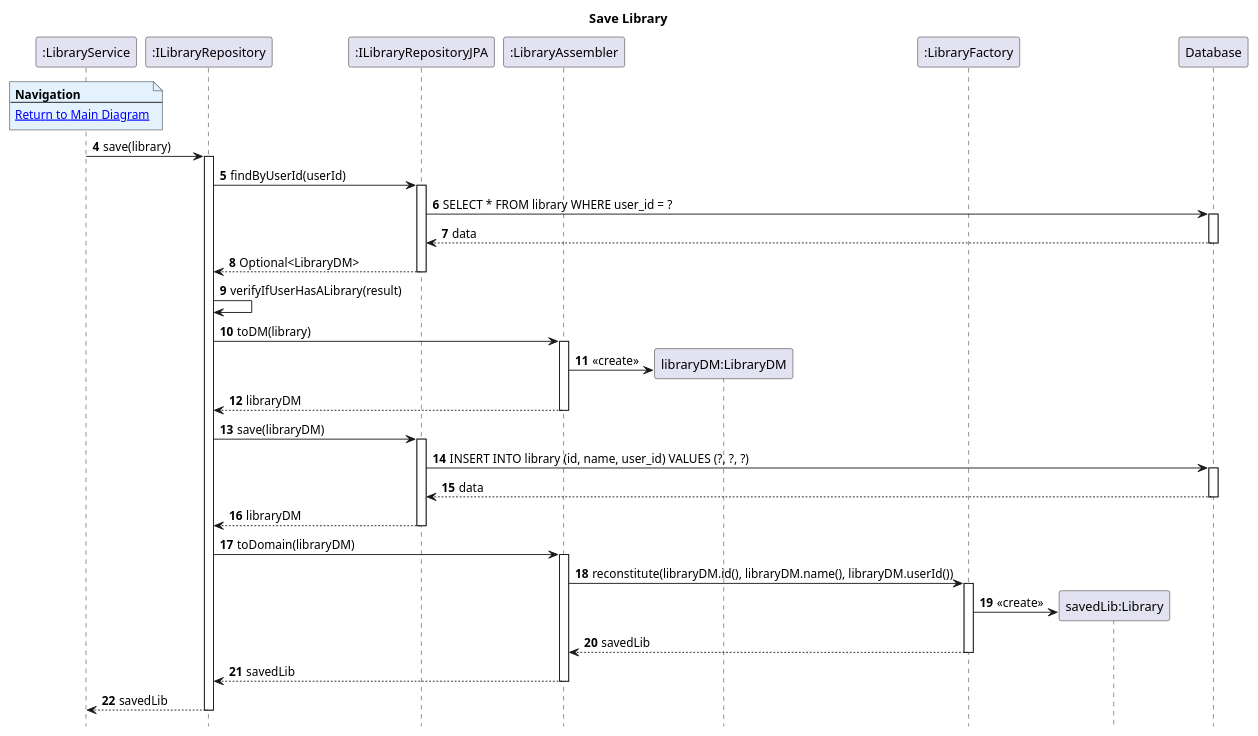
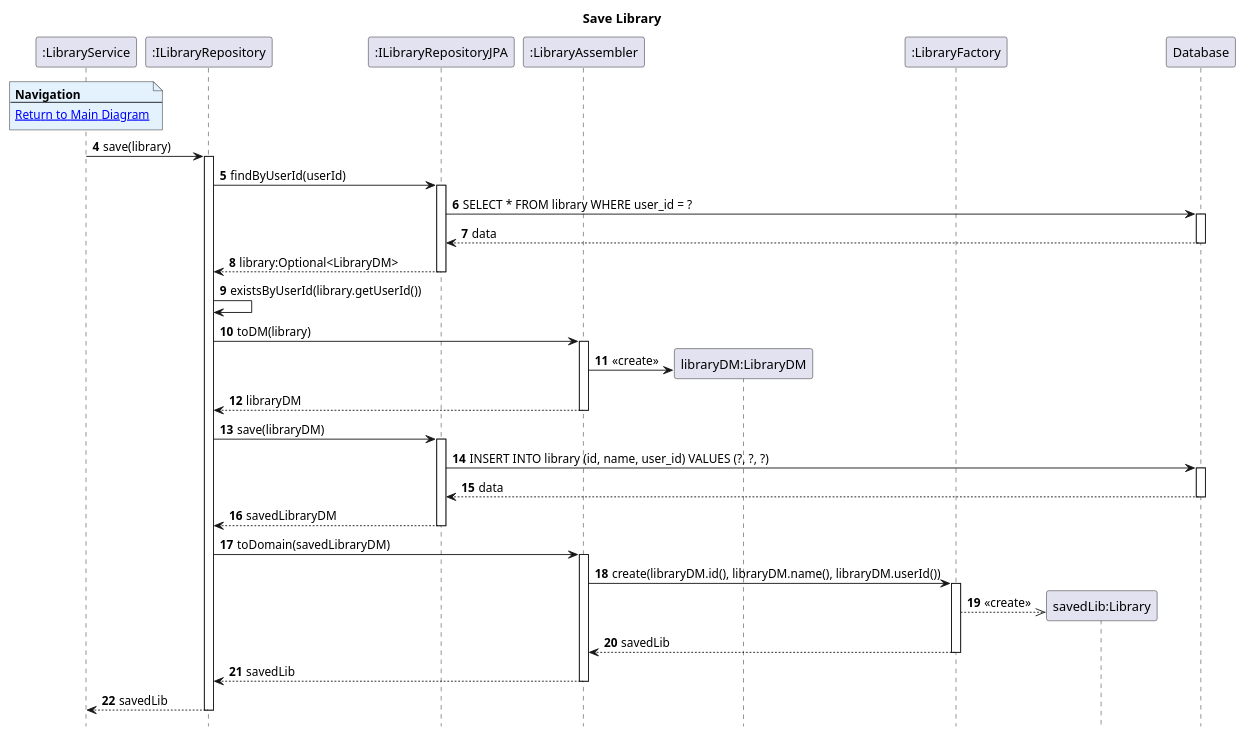
One commit to AndrePereiraGitH/SWitCH-Project-Team_A changed the diagram in Diagrams/SequenceDiagrams/N2/To-Create-Library/4.SaveLibrary.puml. Above: the diagram before and after it, drawn with PlantUML. The commit also changed 3 other files, not shown here.

```diff
--- a/Diagrams/SequenceDiagrams/N2/To-Create-Library/4.SaveLibrary.puml
+++ b/Diagrams/SequenceDiagrams/N2/To-Create-Library/4.SaveLibrary.puml
@@ -1,71 +1,69 @@
 @startuml
 hide footbox
 autonumber 4
 title Save Library
 
 participant ":LibraryService" as service
 participant ":ILibraryRepository" as LibraryRepo
 participant ":ILibraryRepositoryJPA" as libraryJpa
 participant ":LibraryAssembler" as assembler
 participant "libraryDM:LibraryDM" as dm
 participant ":LibraryFactory" as factory
 participant "savedLib:Library" as persistedLib
 participant "Database" as db
 
 note over service #E3F2FD
 <b>Navigation</b>
 ---
 [[1.MainDiagram.puml Return to Main Diagram]]
 end note
 
+
 service -> LibraryRepo: save(library)
 activate LibraryRepo
 
 LibraryRepo -> libraryJpa: findByUserId(userId)
 activate libraryJpa
 
 libraryJpa -> db: SELECT * FROM library WHERE user_id = ?
 activate db
 db --> libraryJpa: data
 deactivate db
-
-libraryJpa --> LibraryRepo: Optional<LibraryDM>
+libraryJpa --> LibraryRepo: library:Optional<LibraryDM>
 deactivate libraryJpa
 
-LibraryRepo -> LibraryRepo: verifyIfUserHasALibrary(result)
+LibraryRepo -> LibraryRepo: existsByUserId(library.getUserId())
 
 LibraryRepo -> assembler: toDM(library)
 activate assembler
 
 assembler -> dm **: <<create>>
 assembler --> LibraryRepo: libraryDM
 deactivate assembler
 
 LibraryRepo -> libraryJpa: save(libraryDM)
 activate libraryJpa
-
 libraryJpa -> db: INSERT INTO library (id, name, user_id) VALUES (?, ?, ?)
 activate db
 db --> libraryJpa: data
 deactivate db
-
-libraryJpa --> LibraryRepo: libraryDM
+libraryJpa --> LibraryRepo: savedLibraryDM
 deactivate libraryJpa
 
-LibraryRepo -> assembler: toDomain(libraryDM)
+LibraryRepo -> assembler: toDomain(savedLibraryDM)
 activate assembler
 
-assembler -> factory: reconstitute(libraryDM.id(), libraryDM.name(), libraryDM.userId())
+assembler -> factory: create(libraryDM.id(), libraryDM.name(), libraryDM.userId())
 activate factory
 
-factory -> persistedLib **: <<create>>
+factory -->> persistedLib **: <<create>>
 factory --> assembler: savedLib
 deactivate factory
 
 assembler --> LibraryRepo: savedLib
 deactivate assembler
 
 LibraryRepo --> service: savedLib
 deactivate LibraryRepo
 
 @enduml
```
